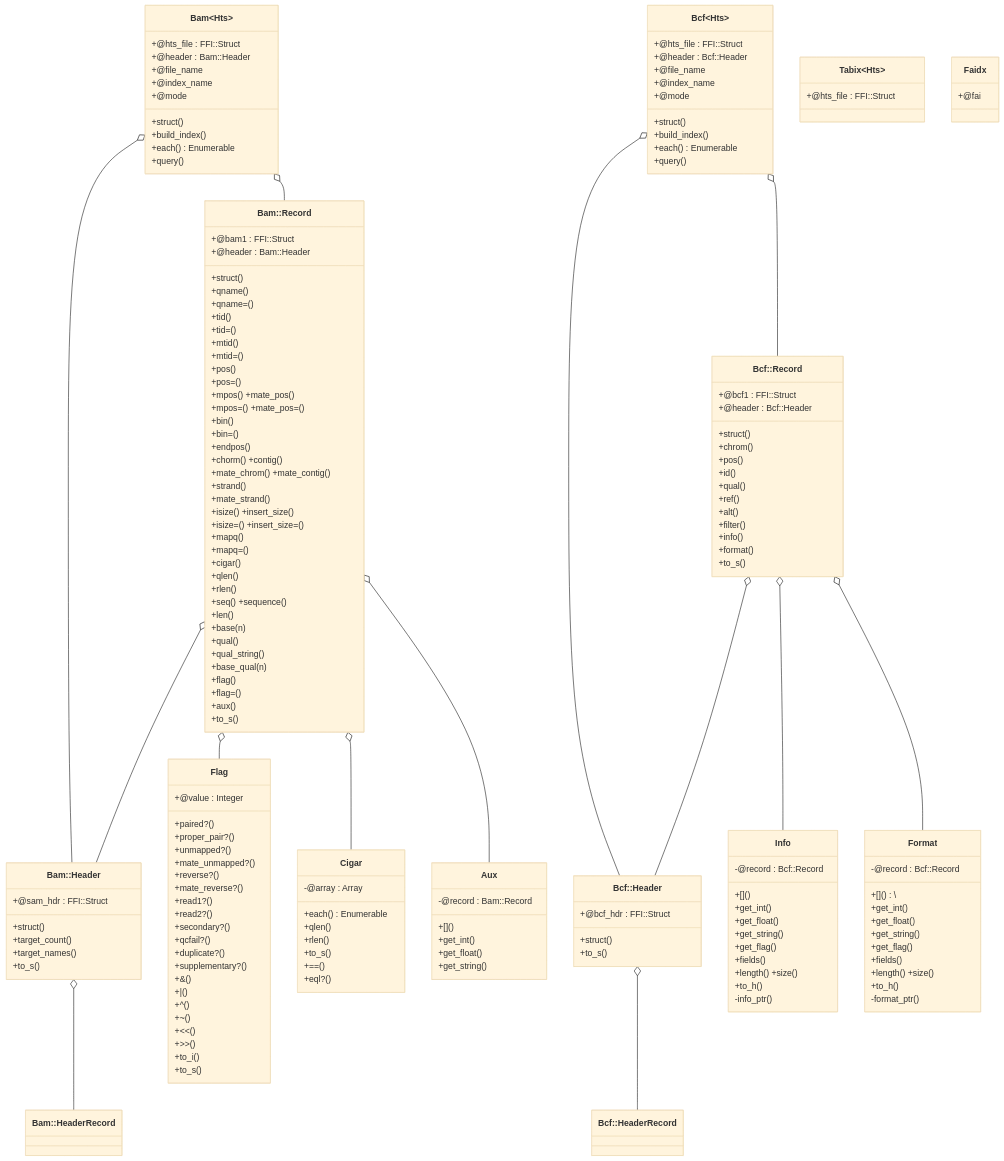
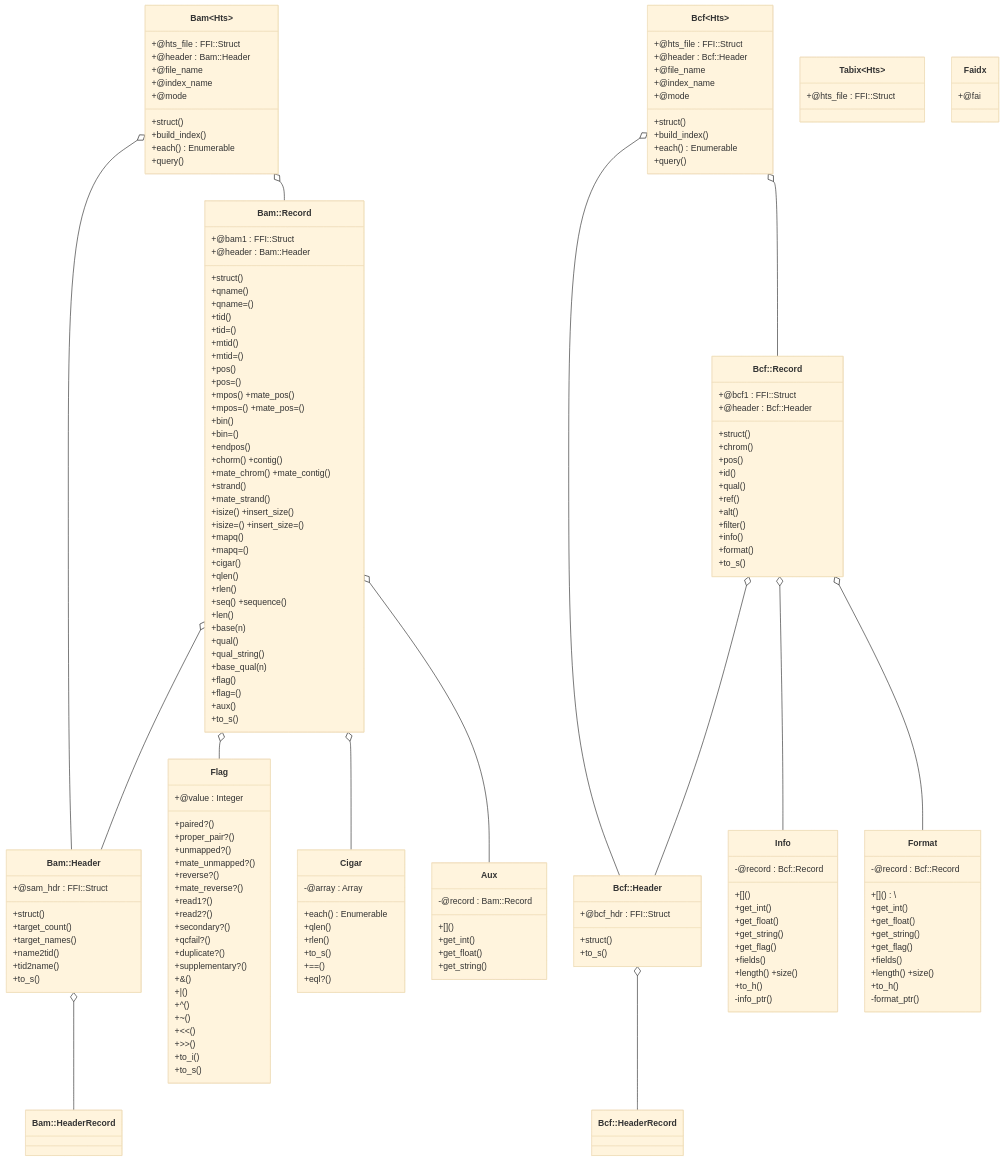
Before and after one commit to kojix2/ruby-htslib: the diagram in TUTORIAL.md, drawn with Mermaid.

```diff
--- a/TUTORIAL.md
+++ b/TUTORIAL.md
@@ -46,6 +46,8 @@
   +struct()
   +target_count()
   +target_names()
+  +name2tid()
+  +tid2name()
   +to_s()
 }
 class `Bam::Record` {
```
